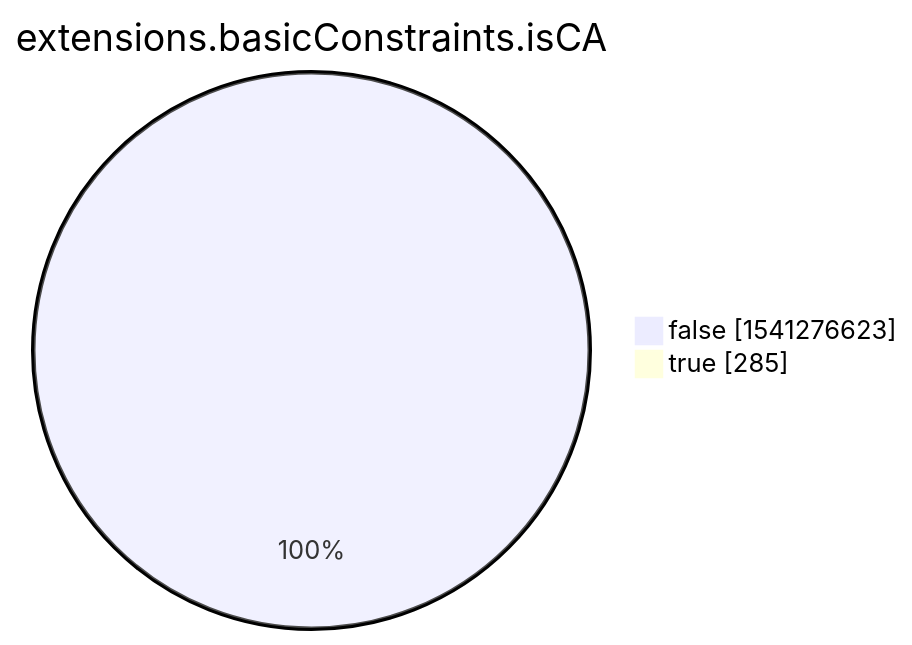
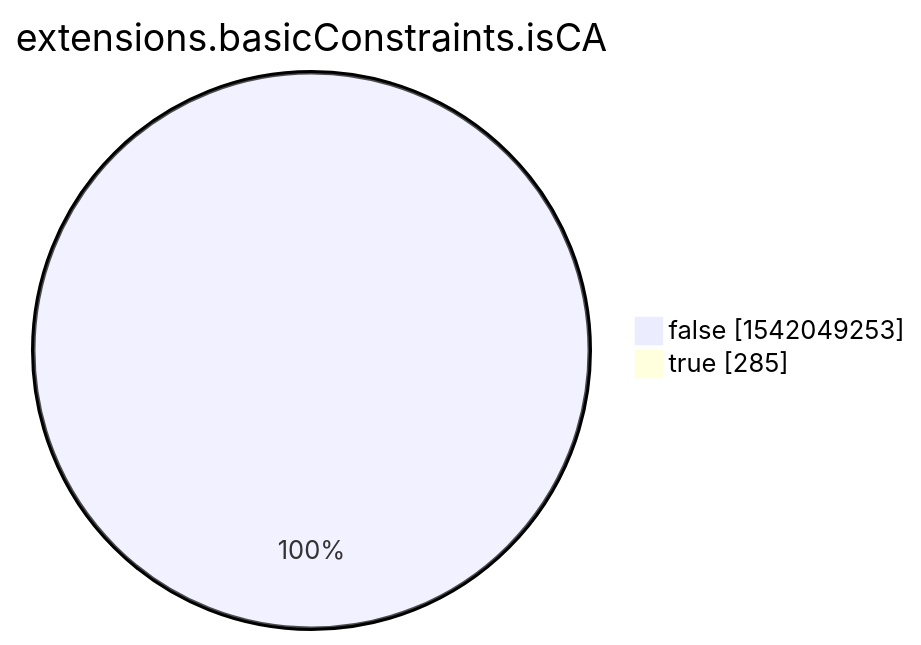
The eighth of 15 diagrams in xenon2022/README.md (christiankrug/ctmonitor_visualization), drawn with Mermaid before and after one commit. The commit also changed other lines of this file, not shown here.

````diff
--- a/xenon2022/README.md
+++ b/xenon2022/README.md
@@ -2859,6 +2859,6 @@
 ```mermaid
 pie showData
 title extensions.basicConstraints.isCA
-"false" :1541276623
+"false" :1542049253
 "true" :285
 ```
````
